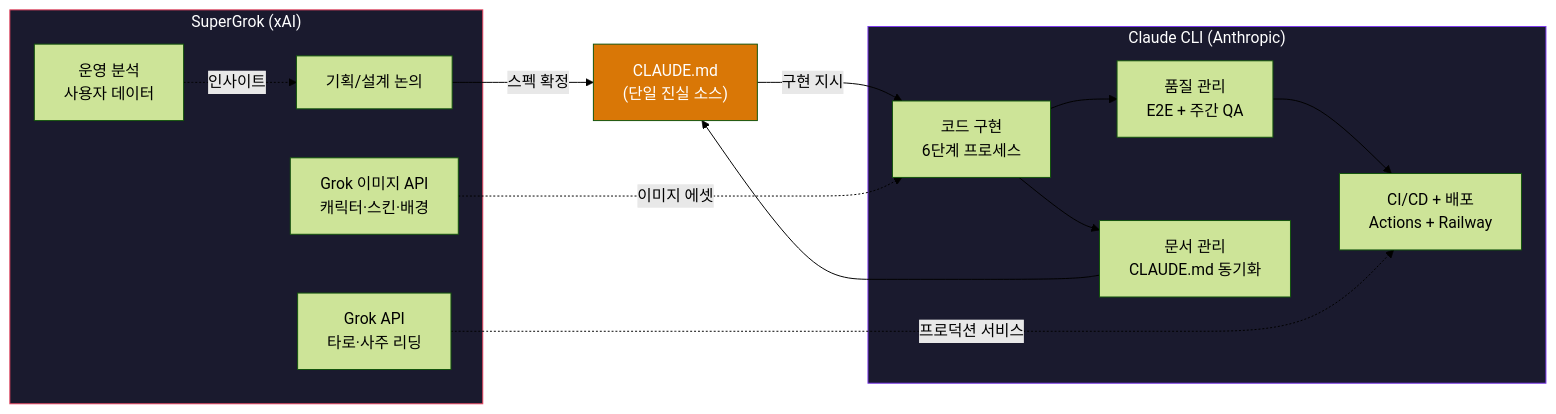
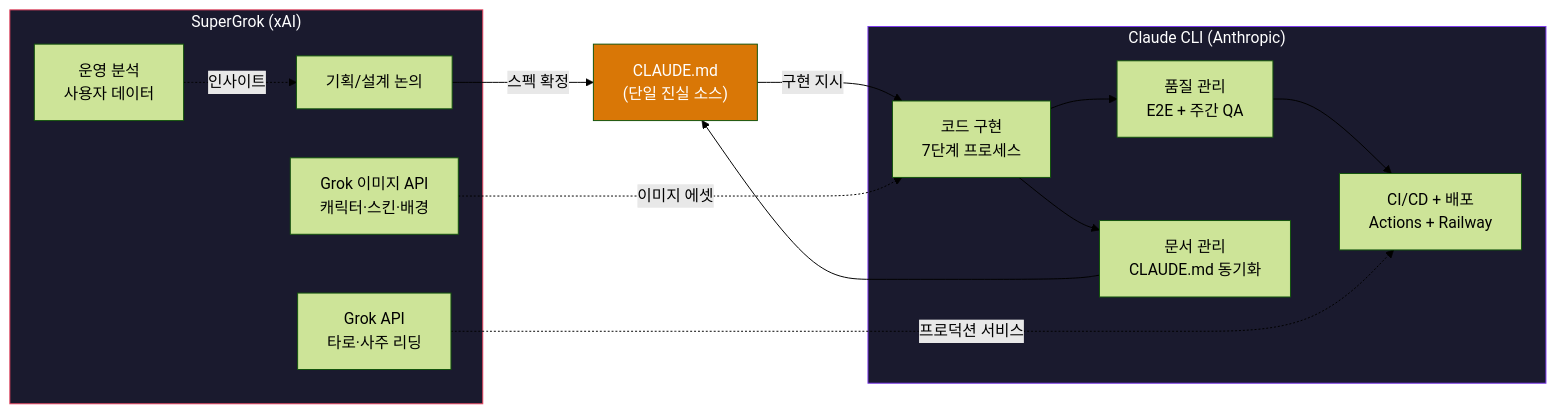
Before and after one commit to xzawed/ArcanaInsight: diagram 13 of 13 in process.md, drawn with Mermaid (forest theme). The commit also changed other lines of this file and 3 other files, not shown here.

````diff
--- a/process.md
+++ b/process.md
@@ -529,30 +531,30 @@
 ```mermaid
 flowchart LR
     subgraph SuperGrok["SuperGrok (xAI)"]
         PLAN["기획/설계 논의"]
         GROK_API["Grok API<br/>타로·사주 리딩"]
         GROK_IMG["Grok 이미지 API<br/>캐릭터·스킨·배경"]
         ANALYSIS["운영 분석<br/>사용자 데이터"]
     end
 
     subgraph Claude["Claude CLI (Anthropic)"]
-        IMPL["코드 구현<br/>6단계 프로세스"]
+        IMPL["코드 구현<br/>7단계 프로세스"]
         QA["품질 관리<br/>E2E + 주간 QA"]
         CICD["CI/CD + 배포<br/>Actions + Railway"]
         DOCS["문서 관리<br/>CLAUDE.md 동기화"]
     end
 
     SPEC["CLAUDE.md<br/>(단일 진실 소스)"]
 
     PLAN -->|스펙 확정| SPEC
     SPEC -->|구현 지시| IMPL
     IMPL --> QA --> CICD
     IMPL --> DOCS --> SPEC
     GROK_API -.->|프로덕션 서비스| CICD
     GROK_IMG -.->|이미지 에셋| IMPL
     ANALYSIS -.->|인사이트| PLAN
 
     style SuperGrok fill:#1a1a2e,stroke:#e94560,color:#fff
     style Claude fill:#1a1a2e,stroke:#7c3aed,color:#fff
     style SPEC fill:#d97706,color:#fff
 ```
````
